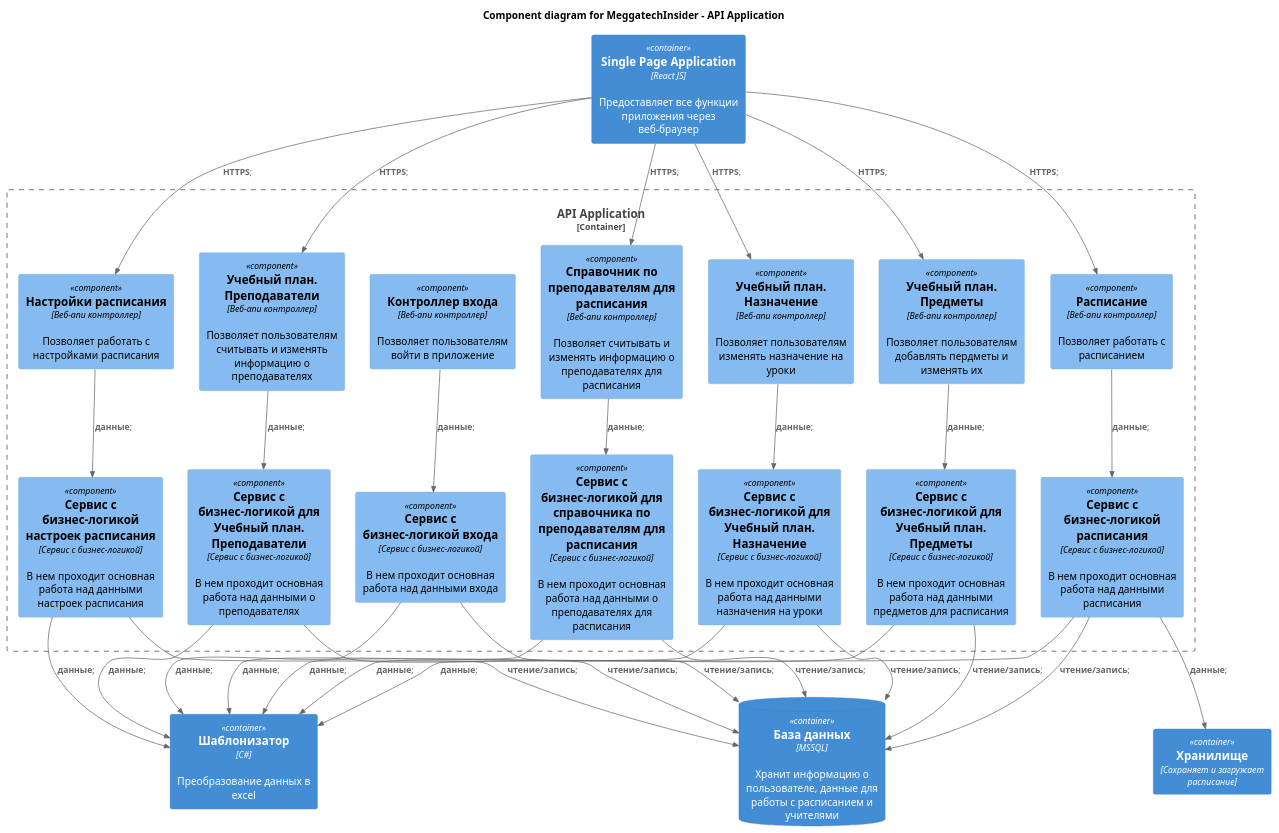
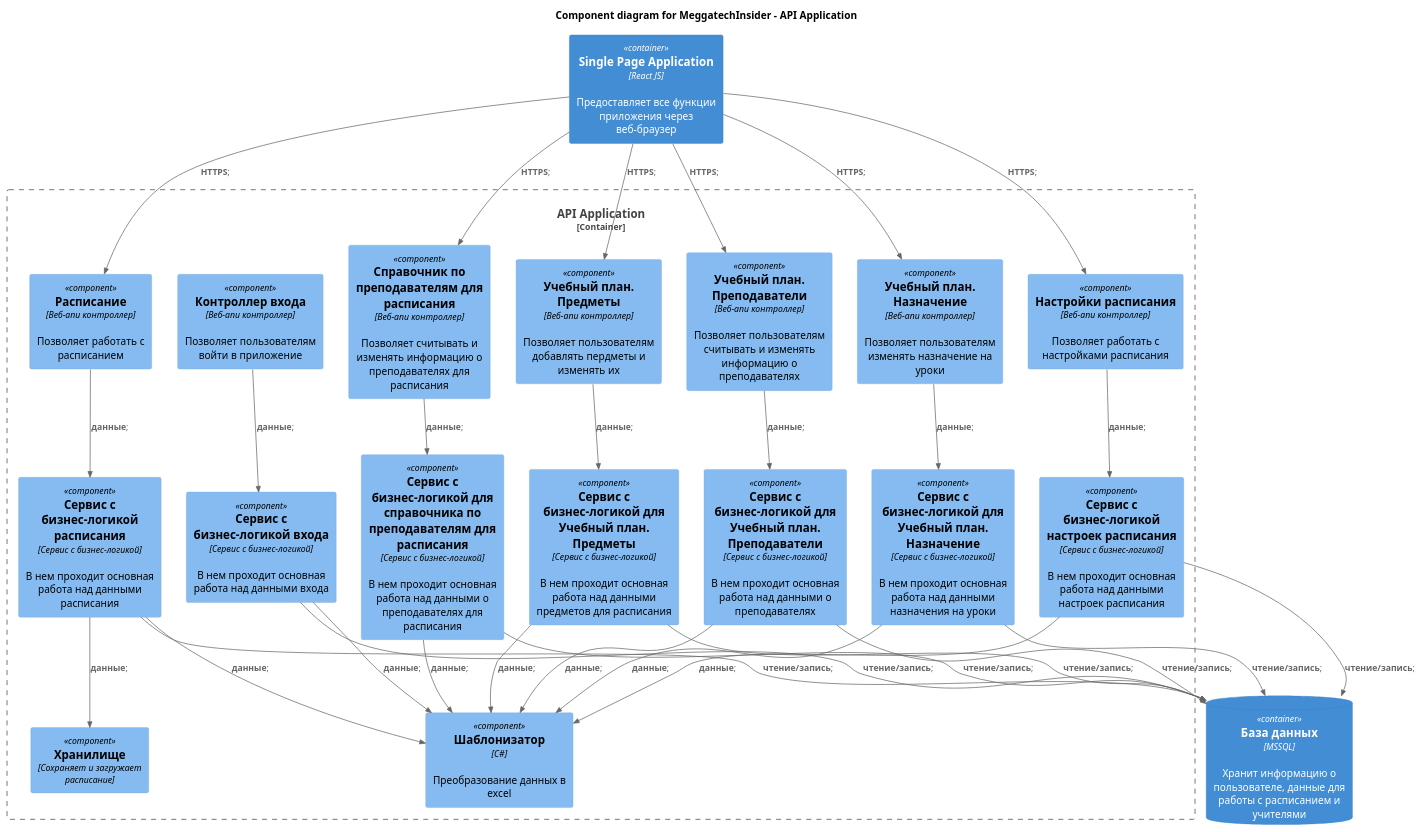
One commit to LiD-Meggatech/architecture changed the diagram in Технический проект/components.puml. Above: the diagram before and after it, drawn with PlantUML. The commit also changed 79 other files, not shown here.

Commit message:
Обновлены диаграммы последовательности, кода, контекста, компонентов.

```diff
--- a/Технический проект/components.puml
+++ b/Технический проект/components.puml
@@ -1,64 +1,67 @@
 @startuml Компоненты
 !include https://raw.githubusercontent.com/plantuml-stdlib/C4-PlantUML/master/C4_Component.puml
 
 title Component diagram for MeggatechInsider - API Application
 
 Container(spa, "Single Page Application", "React JS", "Предоставляет все функции приложения через веб-браузер")
 ContainerDb(db, "База данных", "MSSQL", "Хранит информацию о пользователе, данные для работы с расписанием и учителями")
-Container(excel, "Шаблонизатор", "C#", "Преобразование данных в excel")
-Container(sheduleStorage, "Хранилище", "Сохраняет и загружает расписание")
 
 Container_Boundary(api, "API Application") {
     Component(sign, "Контроллер входа", "Веб-апи контроллер", "Позволяет пользователям войти в приложение")
     Component(sheduleSettings, "Настройки расписания", "Веб-апи контроллер", "Позволяет работать с настройками расписания")
     Component(teacherGuid, "Справочник по преподавателям для расписания", "Веб-апи контроллер", "Позволяет считывать и изменять информацию о преподавателях для расписания")
     Component(shedule, "Расписание", "Веб-апи контроллер", "Позволяет работать с расписанием")
     Component(subjects, "Учебный план. Предметы", "Веб-апи контроллер", "Позволяет пользователям добавлять пердметы и изменять их")
     Component(teachers, "Учебный план. Преподаватели", "Веб-апи контроллер", "Позволяет пользователям считывать и изменять информацию о преподавателях")
     Component(assignment, "Учебный план. Назначение", "Веб-апи контроллер", "Позволяет пользователям изменять назначение на уроки")
 }
 
 Container_Boundary(api, "API Application") {
     Component(signServices, "Сервис с бизнес-логикой входа", "Сервис с бизнес-логикой", "В нем проходит основная работа над данными входа")
     Component(sheduleSettingsServices, "Сервис с бизнес-логикой настроек расписания", "Сервис с бизнес-логикой", "В нем проходит основная работа над данными настроек расписания")
     Component(teacherGuidServices, "Сервис с бизнес-логикой для справочника по преподавателям для расписания", "Сервис с бизнес-логикой", "В нем проходит основная работа над данными о преподавателях для расписания")
     Component(sheduleServices, "Сервис с бизнес-логикой расписания", "Сервис с бизнес-логикой", "В нем проходит основная работа над данными расписания")
     Component(subjectsServices, "Сервис с бизнес-логикой для Учебный план. Предметы", "Сервис с бизнес-логикой", "В нем проходит основная работа над данными предметов для расписания")
     Component(teachersServices, "Сервис с бизнес-логикой для Учебный план. Преподаватели", "Сервис с бизнес-логикой", "В нем проходит основная работа над данными о преподавателях")
     Component(assignmentServices, "Сервис с бизнес-логикой для Учебный план. Назначение", "Сервис с бизнес-логикой", "В нем проходит основная работа над данными назначения на уроки")
+}
+
+Container_Boundary(api, "API Application") {
+    Component(excel, "Шаблонизатор", "C#", "Преобразование данных в excel")
+    Component(sheduleStorage, "Хранилище", "Сохраняет и загружает расписание")
 }
 
 Rel(spa, sheduleSettings, 'HTTPS');
 Rel(spa, teacherGuid, 'HTTPS');
 Rel(spa, shedule, 'HTTPS');
 Rel(spa, subjects, 'HTTPS');
 Rel(spa, teachers, 'HTTPS');
 Rel(spa, assignment, 'HTTPS');
 
 Rel(sign, signServices, 'данные');
 Rel(sheduleSettings, sheduleSettingsServices, 'данные');
 Rel(teacherGuid, teacherGuidServices, 'данные');
 Rel(shedule, sheduleServices, 'данные');
 Rel(subjects, subjectsServices, 'данные');
 Rel(teachers, teachersServices, 'данные');
 Rel(assignment, assignmentServices, 'данные');
 
 Rel(signServices, db, 'чтение/запись');
 Rel(sheduleSettingsServices, db, 'чтение/запись');
 Rel(teacherGuidServices, db, 'чтение/запись');
 Rel(sheduleServices, db, 'чтение/запись');
 Rel(subjectsServices, db, 'чтение/запись');
 Rel(teachersServices, db, 'чтение/запись');
 Rel(assignmentServices, db, 'чтение/запись');
 
 Rel(signServices, excel, 'данные');
 Rel(sheduleSettingsServices, excel, 'данные');
 Rel(teacherGuidServices, excel, 'данные');
 Rel(sheduleServices, excel, 'данные');
 Rel(subjectsServices, excel, 'данные');
 Rel(teachersServices, excel, 'данные');
 Rel(assignmentServices, excel, 'данные');
 
 Rel(sheduleServices, sheduleStorage, 'данные');
 
 @enduml
```
